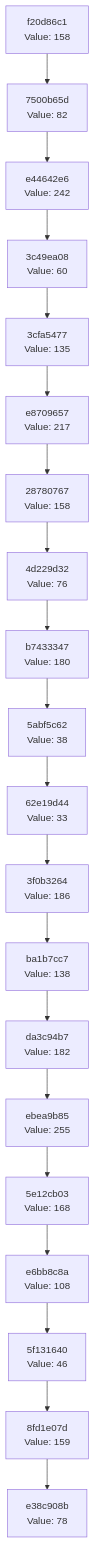
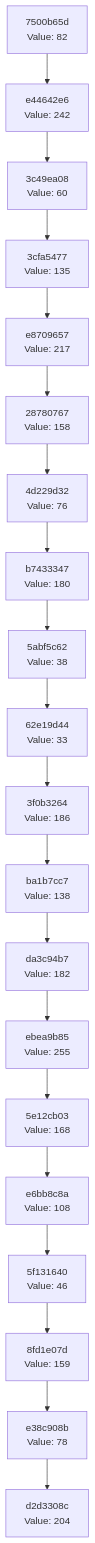
The diagram in docs/CHAIN_VISUALIZATION.md (Abhisheksinha1506/hash-chain-evolver), drawn with Mermaid before and after one commit. The commit also changed 2 other files, not shown here.

Commit message:
Evolution Step

````diff
--- a/docs/CHAIN_VISUALIZATION.md
+++ b/docs/CHAIN_VISUALIZATION.md
@@ -3,42 +3,42 @@
 ```mermaid
 graph TD
-    C0["e38c908b<br/>Value: 78"]
-    C1["8fd1e07d<br/>Value: 159"]
+    C0["d2d3308c<br/>Value: 204"]
+    C1["e38c908b<br/>Value: 78"]
     C1 --> C0
-    C2["5f131640<br/>Value: 46"]
+    C2["8fd1e07d<br/>Value: 159"]
     C2 --> C1
-    C3["e6bb8c8a<br/>Value: 108"]
+    C3["5f131640<br/>Value: 46"]
     C3 --> C2
-    C4["5e12cb03<br/>Value: 168"]
+    C4["e6bb8c8a<br/>Value: 108"]
     C4 --> C3
-    C5["ebea9b85<br/>Value: 255"]
+    C5["5e12cb03<br/>Value: 168"]
     C5 --> C4
-    C6["da3c94b7<br/>Value: 182"]
+    C6["ebea9b85<br/>Value: 255"]
     C6 --> C5
-    C7["ba1b7cc7<br/>Value: 138"]
+    C7["da3c94b7<br/>Value: 182"]
     C7 --> C6
-    C8["3f0b3264<br/>Value: 186"]
+    C8["ba1b7cc7<br/>Value: 138"]
     C8 --> C7
-    C9["62e19d44<br/>Value: 33"]
+    C9["3f0b3264<br/>Value: 186"]
     C9 --> C8
-    C10["5abf5c62<br/>Value: 38"]
+    C10["62e19d44<br/>Value: 33"]
     C10 --> C9
-    C11["b7433347<br/>Value: 180"]
+    C11["5abf5c62<br/>Value: 38"]
     C11 --> C10
-    C12["4d229d32<br/>Value: 76"]
+    C12["b7433347<br/>Value: 180"]
     C12 --> C11
-    C13["28780767<br/>Value: 158"]
+    C13["4d229d32<br/>Value: 76"]
     C13 --> C12
-    C14["e8709657<br/>Value: 217"]
+    C14["28780767<br/>Value: 158"]
     C14 --> C13
-    C15["3cfa5477<br/>Value: 135"]
+    C15["e8709657<br/>Value: 217"]
     C15 --> C14
-    C16["3c49ea08<br/>Value: 60"]
+    C16["3cfa5477<br/>Value: 135"]
     C16 --> C15
-    C17["e44642e6<br/>Value: 242"]
+    C17["3c49ea08<br/>Value: 60"]
     C17 --> C16
-    C18["7500b65d<br/>Value: 82"]
+    C18["e44642e6<br/>Value: 242"]
     C18 --> C17
-    C19["f20d86c1<br/>Value: 158"]
+    C19["7500b65d<br/>Value: 82"]
     C19 --> C18
 ```
````
